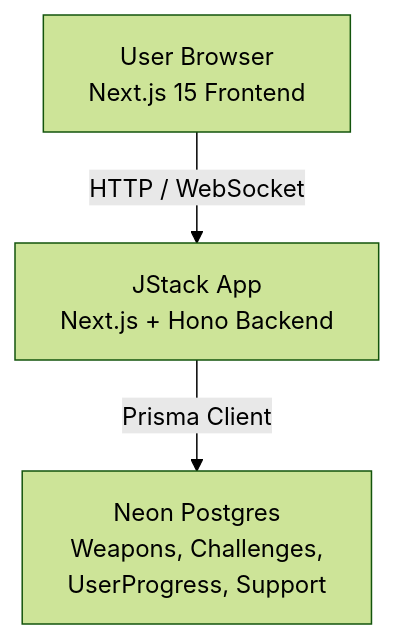
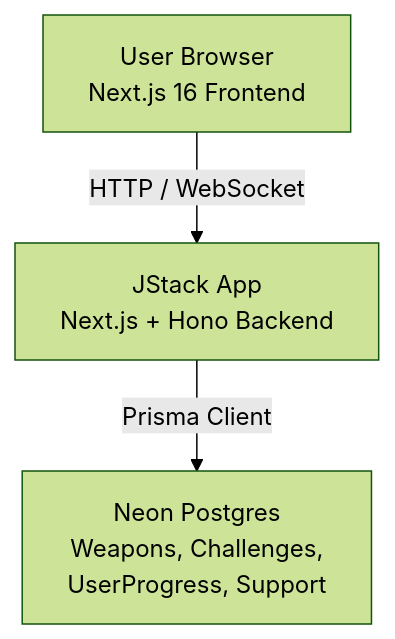
One commit to jcodog/Cod-Camo-Tracker changed the diagram in design/markdown/architecture.md. Above: the diagram before and after it, drawn with Mermaid (forest theme). The commit also changed 1 other file, not shown here.

Commit message:
chore: update instructions and markdown architecture.

````diff
--- a/design/markdown/architecture.md
+++ b/design/markdown/architecture.md
@@ -3,7 +3,7 @@
 ```mermaid
 flowchart TD
-  Browser["User Browser<br/>Next.js 15 Frontend"]
+  Browser["User Browser<br/>Next.js 16 Frontend"]
     -->|"HTTP / WebSocket"| JStack["JStack App<br/>Next.js + Hono Backend"]
 
   JStack -->|"Prisma Client"| Neon["Neon Postgres<br/>Weapons, Challenges,<br/>UserProgress, Support"]
 ```
````
